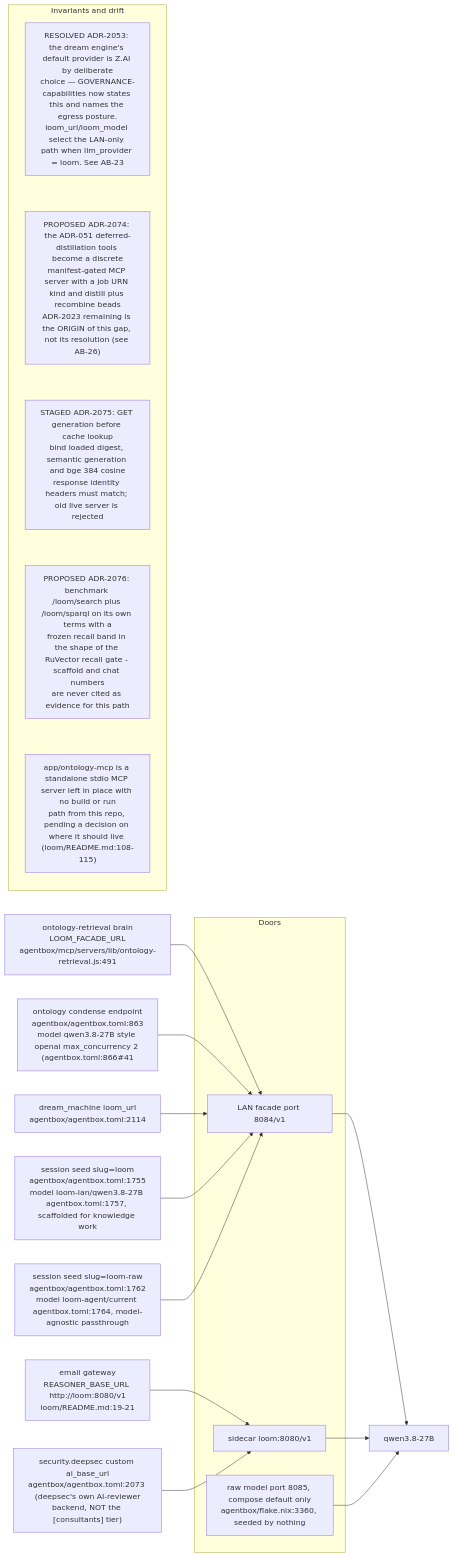
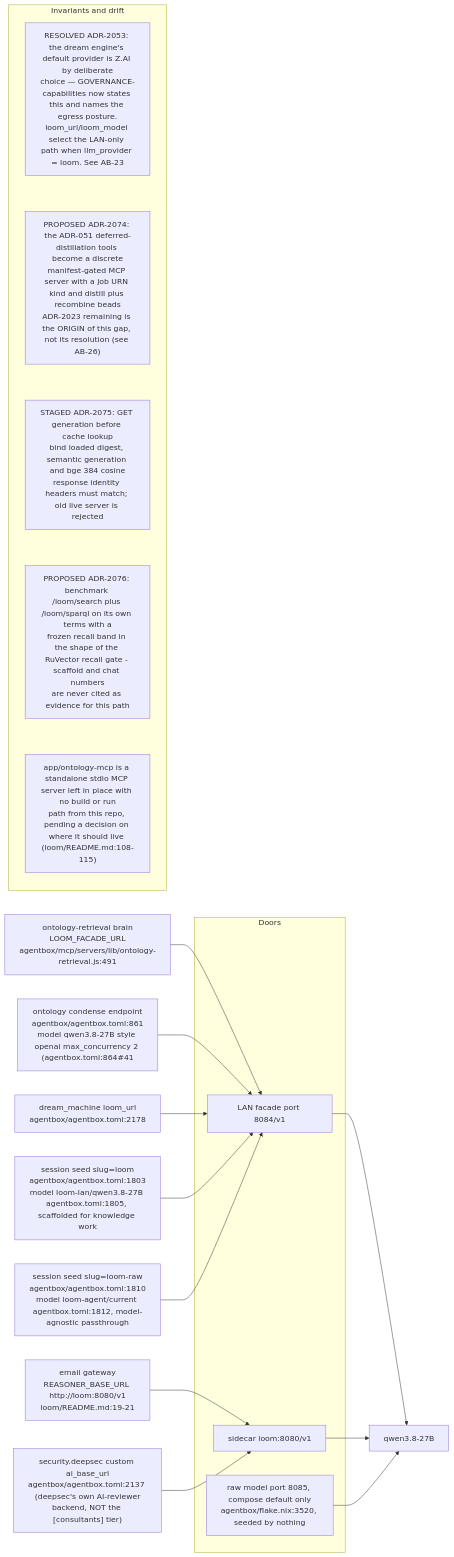
The eighth of 13 diagrams in docs/diagrams/agentbox/24-loom-facade.md (DreamLab-AI/VisionFlow), drawn with Mermaid before and after one commit. The commit also changed other lines of this file and 14 other files, not shown here.

First line of the commit message:
docs(diagrams): custody role isolation — new AB-36, re-stamp 11 topics at the custody integration head

````diff
--- a/docs/diagrams/agentbox/24-loom-facade.md
+++ b/docs/diagrams/agentbox/24-loom-facade.md
@@ -312,27 +315,27 @@
 ```mermaid
 flowchart LR
     subgraph doors["Doors"]
         D84["LAN facade port 8084/v1"]
         D80["sidecar loom:8080/v1"]
-        D85["raw model port 8085, compose default only<br/>agentbox/flake.nix:3360, seeded by nothing"]
+        D85["raw model port 8085, compose default only<br/>agentbox/flake.nix:3520, seeded by nothing"]
     end
     RET["ontology-retrieval brain<br/>LOOM_FACADE_URL<br/>agentbox/mcp/servers/lib/ontology-retrieval.js:491"] --> D84
-    COND["ontology condense endpoint<br/>agentbox/agentbox.toml:863<br/>model qwen3.8-27B style openai max_concurrency 2 #40;agentbox.toml:866#41;"] --> D84
-    DREAM["dream_machine loom_url<br/>agentbox/agentbox.toml:2114"] --> D84
-    SEEDL["session seed slug=loom<br/>agentbox/agentbox.toml:1755<br/>model loom-lan/qwen3.8-27B agentbox.toml:1757, scaffolded for knowledge work"] --> D84
-    SEEDR["session seed slug=loom-raw<br/>agentbox/agentbox.toml:1762<br/>model loom-agent/current agentbox.toml:1764, model-agnostic passthrough"] --> D84
+    COND["ontology condense endpoint<br/>agentbox/agentbox.toml:861<br/>model qwen3.8-27B style openai max_concurrency 2 #40;agentbox.toml:864#41;"] --> D84
+    DREAM["dream_machine loom_url<br/>agentbox/agentbox.toml:2178"] --> D84
+    SEEDL["session seed slug=loom<br/>agentbox/agentbox.toml:1803<br/>model loom-lan/qwen3.8-27B agentbox.toml:1805, scaffolded for knowledge work"] --> D84
+    SEEDR["session seed slug=loom-raw<br/>agentbox/agentbox.toml:1810<br/>model loom-agent/current agentbox.toml:1812, model-agnostic passthrough"] --> D84
     EMAIL["email gateway<br/>REASONER_BASE_URL http://loom:8080/v1<br/>loom/README.md:19-21"] --> D80
-    CUST["security.deepsec custom ai_base_url<br/>agentbox/agentbox.toml:2073 #40;deepsec#39;s own AI-reviewer<br/>backend, NOT the #91;consultants#93; tier#41;"] --> D80
+    CUST["security.deepsec custom ai_base_url<br/>agentbox/agentbox.toml:2137 #40;deepsec#39;s own AI-reviewer<br/>backend, NOT the #91;consultants#93; tier#41;"] --> D80
     D84 --> M["qwen3.8-27B"]
     D80 --> M
     D85 --> M
     subgraph notes["Invariants and drift"]
         direction TB
         N1["RESOLVED ADR-2053: the dream engine's default provider is Z.AI by deliberate<br/>choice — GOVERNANCE-capabilities now states this and names the egress posture.<br/>loom_url/loom_model select the LAN-only path when llm_provider = loom. See AB-23"]
         N2["PROPOSED ADR-2074: the ADR-051 deferred-distillation tools become a discrete<br/>manifest-gated MCP server with a job URN kind and distill plus recombine beads<br/>ADR-2023 remaining is the ORIGIN of this gap, not its resolution (see AB-26)"]
         N3["STAGED ADR-2075: GET generation before cache lookup<br/>bind loaded digest, semantic generation and bge 384 cosine<br/>response identity headers must match; old live server is rejected"]
         N4["PROPOSED ADR-2076: benchmark /loom/search plus /loom/sparql on its own terms with a<br/>frozen recall band in the shape of the RuVector recall gate - scaffold and chat numbers<br/>are never cited as evidence for this path"]
         N5["app/ontology-mcp is a standalone stdio MCP server left in place with no build or run<br/>path from this repo, pending a decision on where it should live (loom/README.md:108-115)"]
         N1 ~~~ N2 ~~~ N3 ~~~ N4 ~~~ N5
     end
 ```
````
